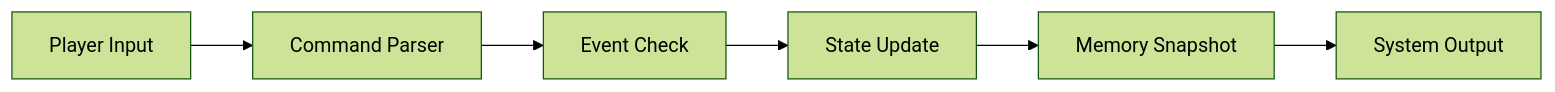
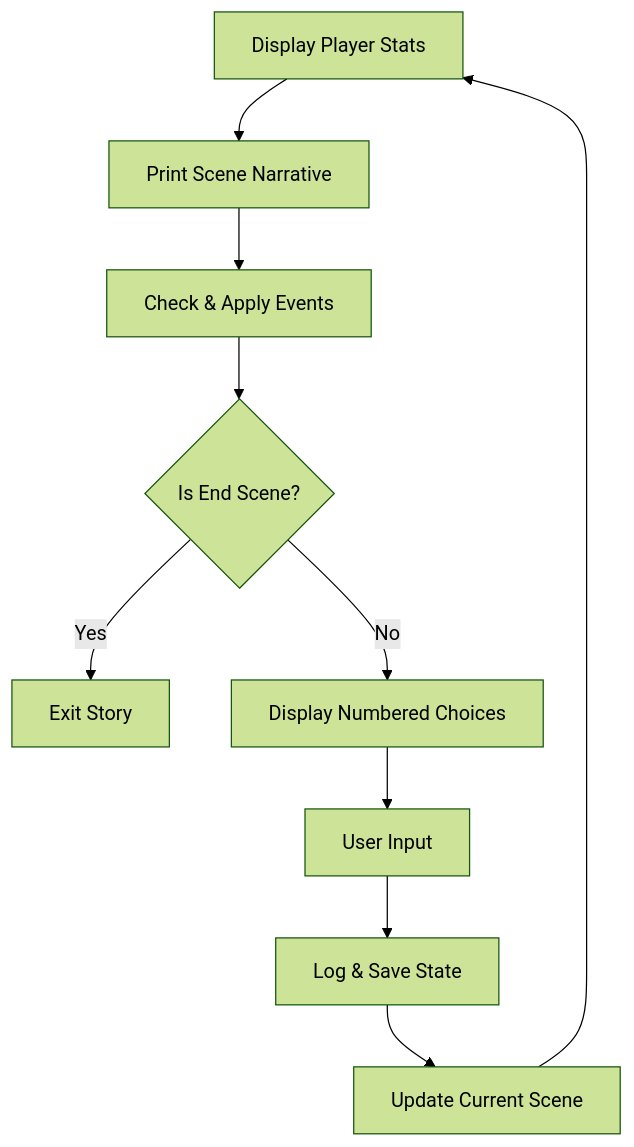
Before and after one commit to Adam-YY/Hackiethon-2026-AI-RPG-demo: the diagram in README.md, drawn with Mermaid (forest theme). The commit also changed other lines of this file, not shown here.

````diff
--- a/README.md
+++ b/README.md
@@ -32,8 +32,12 @@
 ```mermaid
-graph LR
-    Input[Player Input] --> Parser[Command Parser]
-    Parser --> EventCheck[Event Check]
-    EventCheck --> StateUpdate[State Update]
-    StateUpdate --> MemorySnapshot[Memory Snapshot]
-    MemorySnapshot --> Output[System Output]
+graph TD
+    HUD[Display Player Stats] --> SceneText[Print Scene Narrative]
+    SceneText --> EventCheck[Check & Apply Events]
+    EventCheck --> EndCheck{Is End Scene?}
+    EndCheck -- Yes --> End[Exit Story]
+    EndCheck -- No --> Choices[Display Numbered Choices]
+    Choices --> Input[User Input]
+    Input --> Persistence[Log & Save State]
+    Persistence --> SceneTransition[Update Current Scene]
+    SceneTransition --> HUD
 ```
````
